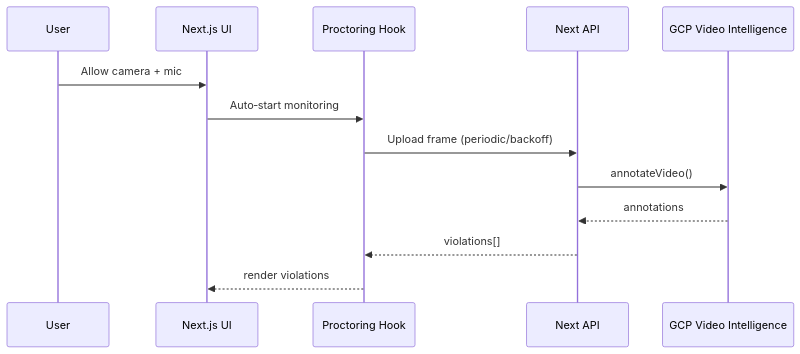
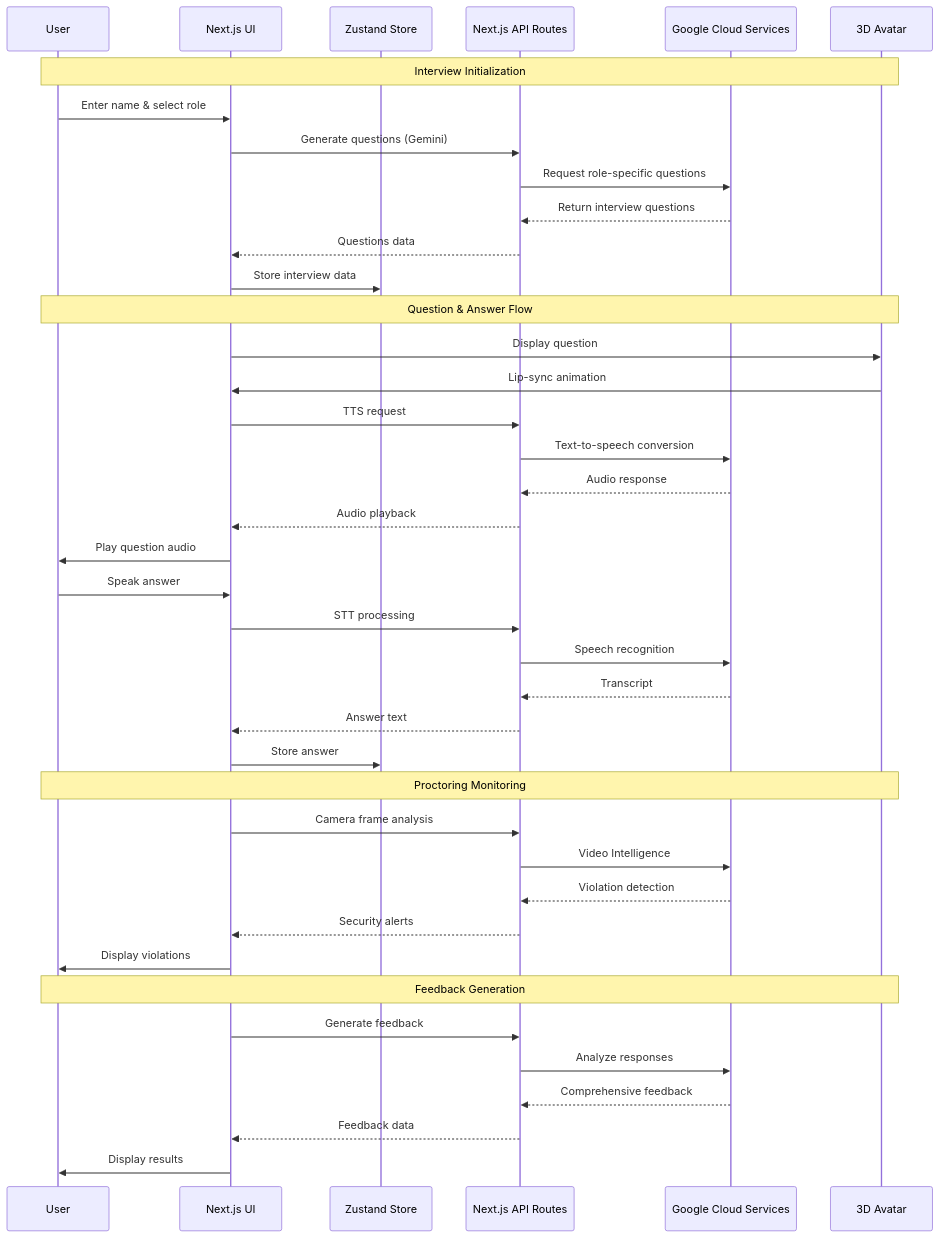
Before and after one commit to Arya202004/ai-interview: the second of 3 diagrams in README.md, drawn with Mermaid. The commit also changed other lines of this file, not shown here.

````diff
--- a/README.md
+++ b/README.md
@@ -71,16 +126,47 @@
 ```mermaid
 sequenceDiagram
-  participant U as User
-  participant UI as Next.js UI
-  participant P as Proctoring Hook
-  participant API as Next API
-  participant GCP as GCP Video Intelligence
+    participant U as User
+    participant UI as Next.js UI
+    participant Store as Zustand Store
+    participant API as Next.js API Routes
+    participant GCP as Google Cloud Services
+    participant Avatar as 3D Avatar
 
-  U->>UI: Allow camera + mic
-  UI->>P: Auto‑start monitoring
-  P->>API: Upload frame (periodic/backoff)
-  API->>GCP: annotateVideo()
-  GCP-->>API: annotations
-  API-->>P: violations[]
-  P-->>UI: render violations
+    Note over U,Avatar: Interview Initialization
+    U->>UI: Enter name & select role
+    UI->>API: Generate questions (Gemini)
+    API->>GCP: Request role-specific questions
+    GCP-->>API: Return interview questions
+    API-->>UI: Questions data
+    UI->>Store: Store interview data
+
+    Note over U,Avatar: Question & Answer Flow
+    UI->>Avatar: Display question
+    Avatar->>UI: Lip-sync animation
+    UI->>API: TTS request
+    API->>GCP: Text-to-speech conversion
+    GCP-->>API: Audio response
+    API-->>UI: Audio playback
+    UI->>U: Play question audio
+    
+    U->>UI: Speak answer
+    UI->>API: STT processing
+    API->>GCP: Speech recognition
+    GCP-->>API: Transcript
+    API-->>UI: Answer text
+    UI->>Store: Store answer
+
+    Note over U,Avatar: Proctoring Monitoring
+    UI->>API: Camera frame analysis
+    API->>GCP: Video Intelligence
+    GCP-->>API: Violation detection
+    API-->>UI: Security alerts
+    UI->>U: Display violations
+
+    Note over U,Avatar: Feedback Generation
+    UI->>API: Generate feedback
+    API->>GCP: Analyze responses
+    GCP-->>API: Comprehensive feedback
+    API-->>UI: Feedback data
+    UI->>U: Display results
 ```
````
